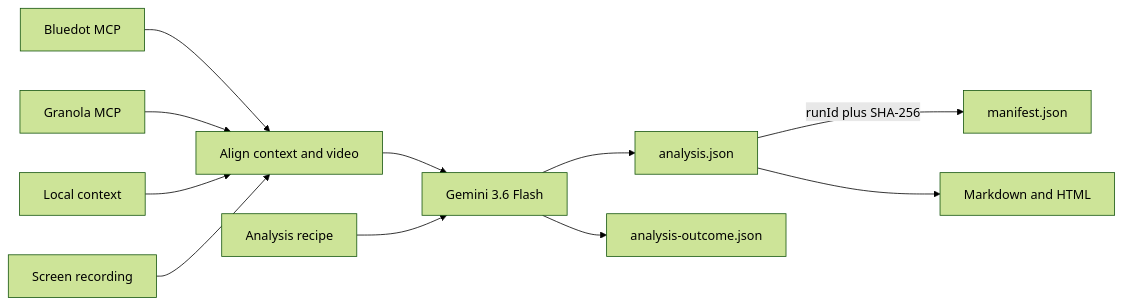
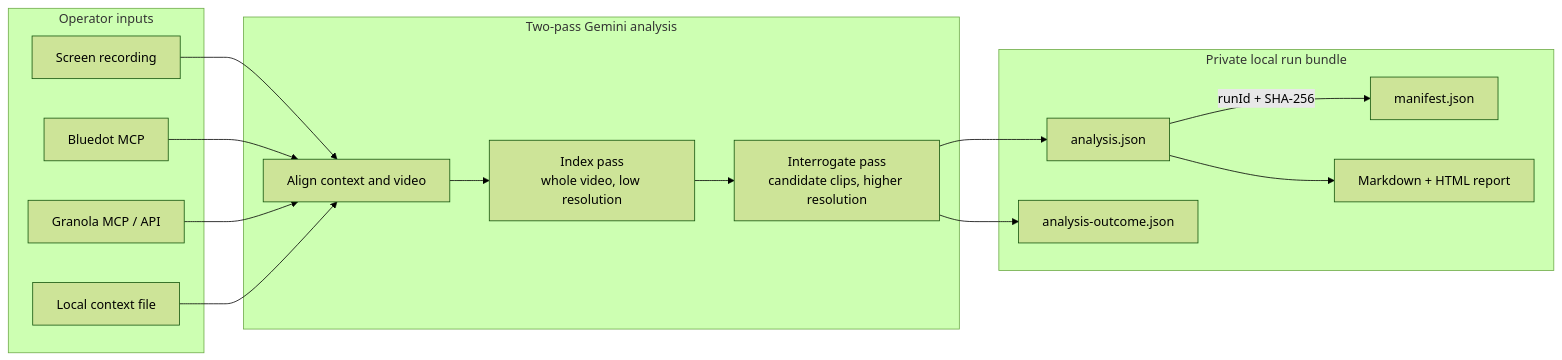
The first of 3 diagrams in README.md (jchu96/frame-of-mind), drawn with Mermaid (forest theme) before and after one commit. The commit also changed other lines of this file, not shown here.

First line of the commit message:
docs: restructure README with clearer pitch and GitHub-native diagrams

````diff
--- a/README.md
+++ b/README.md
@@ -71,25 +71,32 @@
 ```mermaid
 flowchart LR
-    B[Bluedot MCP]
-    G[Granola MCP]
-    F[Local context]
-    V[Screen recording]
-    A[Align context and video]
-    R[Analysis recipe]
-    M[Gemini 3.6 Flash]
-    J[analysis.json]
-    O[analysis-outcome.json]
-    P[manifest.json]
-    H[Markdown and HTML]
+    subgraph inputs["Operator inputs"]
+        V["Screen recording"]
+        B["Bluedot MCP"]
+        G["Granola MCP / API"]
+        F["Local context file"]
+    end
 
+    subgraph pipeline["Two-pass Gemini analysis"]
+        A["Align context and video"]
+        IX["Index pass<br/>whole video, low resolution"]
+        IN["Interrogate pass<br/>candidate clips, higher resolution"]
+    end
+
+    subgraph bundle["Private local run bundle"]
+        J["analysis.json"]
+        O["analysis-outcome.json"]
+        P["manifest.json"]
+        H["Markdown + HTML report"]
+    end
+
+    V --> A
     B --> A
     G --> A
     F --> A
-    V --> A
-    A --> M
-    R --> M
-    M --> J
-    M --> O
-    J -->|runId plus SHA-256| P
+    A --> IX --> IN
+    IN --> J
+    IN --> O
+    J -- "runId + SHA-256" --> P
     J --> H
 ```
````
